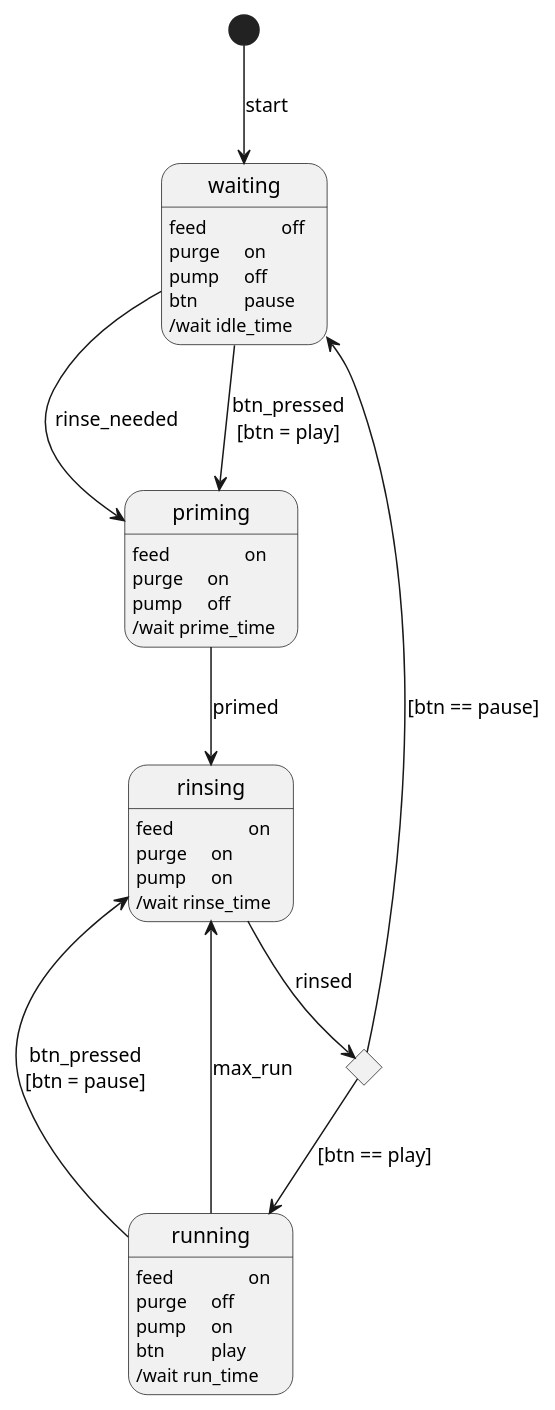
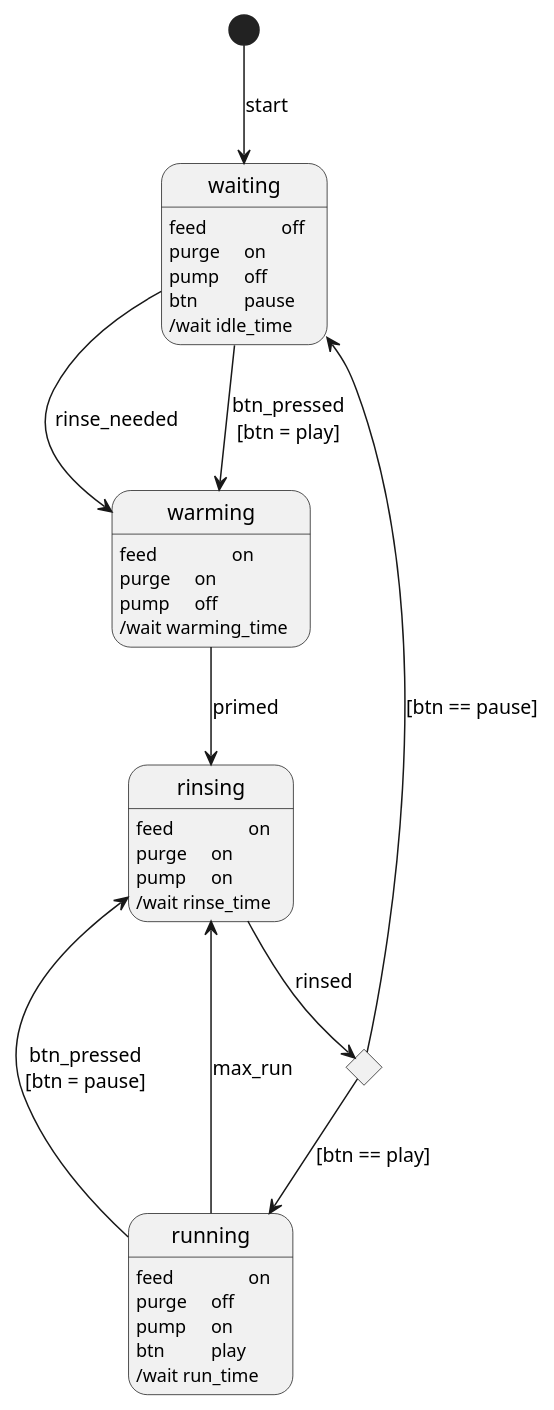
One commit to rlhatcher/aquarium changed the diagram in water/water_state.puml. Above: the diagram before and after it, drawn with PlantUML. The commit also changed 1 other file, not shown here.

Commit message:
change priming for warming up

```diff
--- a/water/water_state.puml
+++ b/water/water_state.puml
@@ -1,45 +1,45 @@
 @startuml water_state
 hide empty description
 
 state waiting {
   waiting: feed\t\toff
   waiting: purge\ton
   waiting: pump\toff
   waiting: btn\t\tpause
   waiting: /wait idle_time
 }
 
-state priming {
-  priming : feed\t\ton
-  priming : purge\ton
-  priming : pump\toff
-  priming : /wait prime_time
+state warming {
+  warming : feed\t\ton
+  warming : purge\ton
+  warming : pump\toff
+  warming : /wait warming_time
 }
 
 state rinsing {
     rinsing: feed\t\ton
     rinsing: purge\ton 
     rinsing: pump\ton
     rinsing: /wait rinse_time
 }
 
 state running {
   running: feed\t\ton
   running: purge\toff
   running: pump\ton
   running: btn\t\tplay
   running: /wait run_time
 }
 
 state stopstart <<choice>>
 [*] --> waiting : start
-waiting --> priming : rinse_needed
-waiting --> priming : btn_pressed\n[btn = play]
-priming --> rinsing: primed
+waiting --> warming : rinse_needed
+waiting --> warming : btn_pressed\n[btn = play]
+warming --> rinsing: primed
 rinsing --> stopstart: rinsed
 stopstart --> running : [btn == play]
 running --> rinsing: btn_pressed\n[btn = pause]
 stopstart--> waiting : [btn == pause]
 running --> rinsing: max_run
 
 @enduml
```
